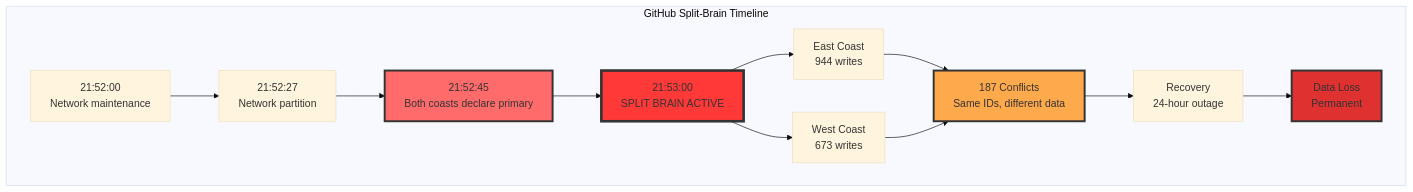
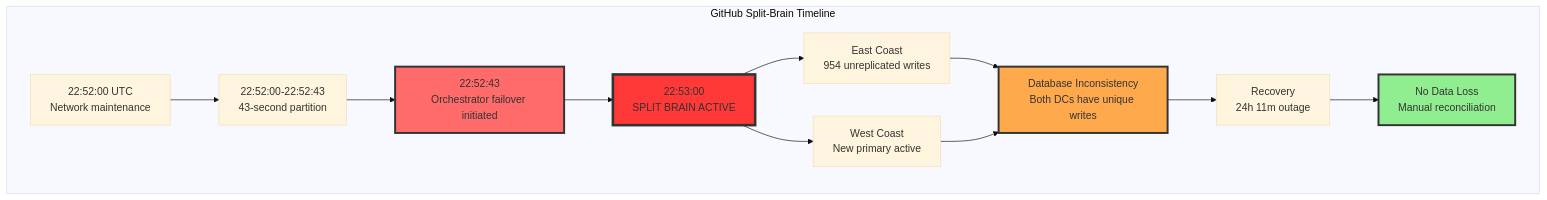
One commit to deepaucksharma/DStudio changed the third of 42 diagrams in docs/part2-pillars/state/index.md. Above: the diagram before and after it, drawn with Mermaid (base theme). The commit also changed other lines of this file and 176 other files, not shown here.

````diff
--- a/docs/part2-pillars/state/index.md
+++ b/docs/part2-pillars/state/index.md
@@ -186,22 +186,22 @@
 ```mermaid
 graph TB
     subgraph "GitHub Split-Brain Timeline"
-        T1[21:52:00<br/>Network maintenance] --> T2[21:52:27<br/>Network partition]
-        T2 --> T3[21:52:45<br/>Both coasts declare primary]
-        T3 --> T4[21:53:00<br/>SPLIT BRAIN ACTIVE]
+        T1[22:52:00 UTC<br/>Network maintenance] --> T2[22:52:00-22:52:43<br/>43-second partition]
+        T2 --> T3[22:52:43<br/>Orchestrator failover initiated]
+        T3 --> T4[22:53:00<br/>SPLIT BRAIN ACTIVE]
         
-        T4 --> W1[East Coast<br/>944 writes]
-        T4 --> W2[West Coast<br/>673 writes]
+        T4 --> W1[East Coast<br/>954 unreplicated writes]
+        T4 --> W2[West Coast<br/>New primary active]
         
-        W1 --> C[187 Conflicts<br/>Same IDs, different data]
+        W1 --> C[Database Inconsistency<br/>Both DCs have unique writes]
         W2 --> C
         
-        C --> R[Recovery<br/>24-hour outage]
-        R --> L[Data Loss<br/>Permanent]
+        C --> R[Recovery<br/>24h 11m outage]
+        R --> L[No Data Loss<br/>Manual reconciliation]
     end
     
     style T3 fill:#ff6b6b,stroke:#333,stroke-width:3px
     style T4 fill:#ff3838,stroke:#333,stroke-width:4px
     style C fill:#ffa94d,stroke:#333,stroke-width:3px
-    style L fill:#e03131,stroke:#333,stroke-width:3px
+    style L fill:#90EE90,stroke:#333,stroke-width:3px
 ```
````
